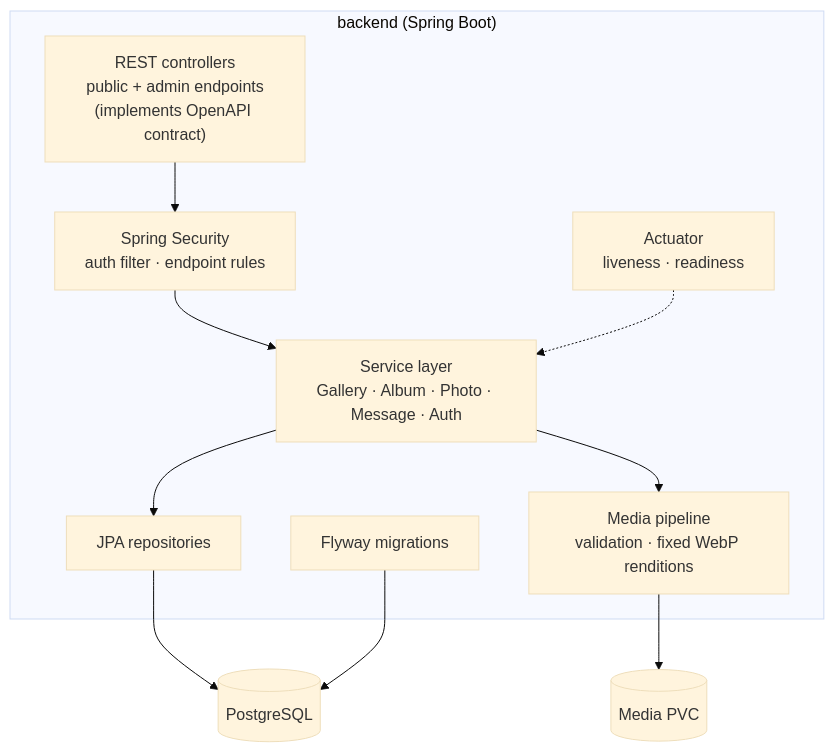
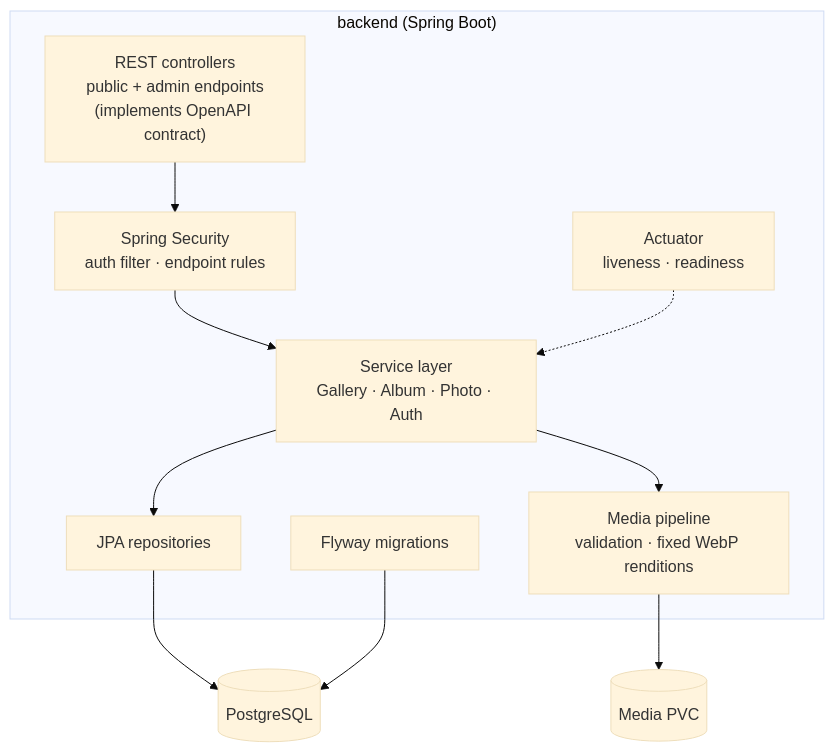
The second of 5 diagrams in ARCHITECTURE.md (toledobrendo/btagila-portfolio), drawn with Mermaid (base theme) before and after one commit. The commit also changed other lines of this file and 10 other files, not shown here.

````diff
--- a/ARCHITECTURE.md
+++ b/ARCHITECTURE.md
@@ -76,24 +78,24 @@
 ```mermaid
 graph TB
     subgraph api["backend (Spring Boot)"]
         CTRL["REST controllers<br/>public + admin endpoints<br/>(implements OpenAPI contract)"]
         ACT["Actuator<br/>liveness · readiness"]
         SECL["Spring Security<br/>auth filter · endpoint rules"]
-        SVC["Service layer<br/>Gallery · Album · Photo · Message · Auth"]
+        SVC["Service layer<br/>Gallery · Album · Photo · Auth"]
         MED["Media pipeline<br/>validation · fixed WebP renditions"]
         REPO["JPA repositories"]
         MIG["Flyway migrations"]
     end
 
     PG[("PostgreSQL")]
     PVC[("Media PVC")]
 
     CTRL --> SECL
     SECL --> SVC
     SVC --> REPO
     SVC --> MED
     MED --> PVC
     REPO --> PG
     MIG --> PG
     ACT -.-> SVC
 ```
````
